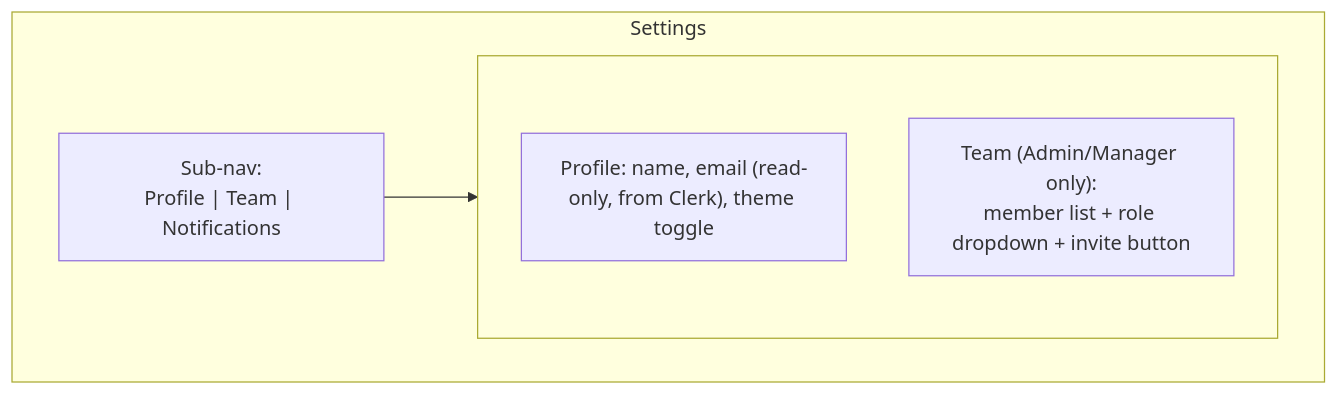
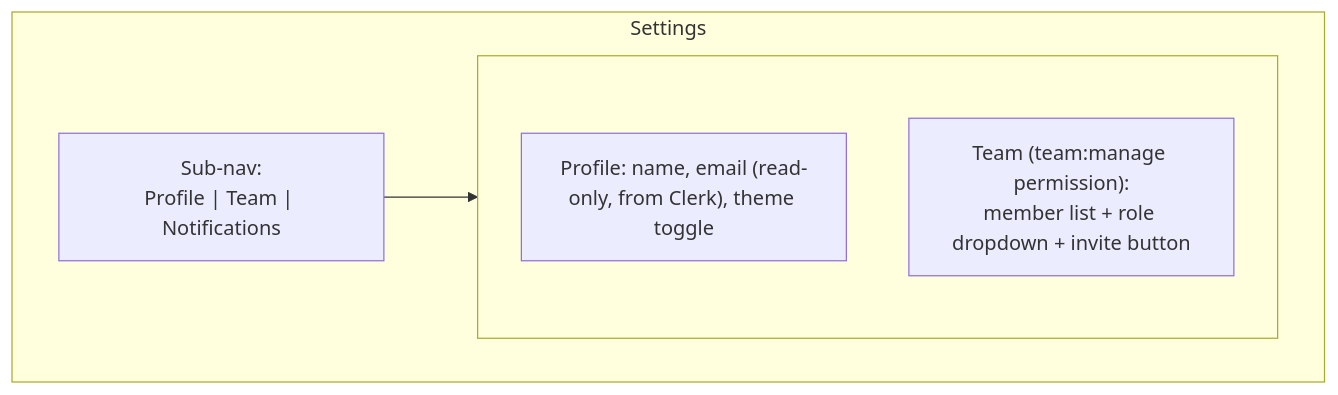
One commit to ShaiikhRafay/riznexia-platform changed the eighth of 8 diagrams in docs/17-ui-ux-wireframes.md. Above: the diagram before and after it, drawn with Mermaid. The commit also changed other lines of this file and 215 other files, not shown here.

````diff
--- a/docs/17-ui-ux-wireframes.md
+++ b/docs/17-ui-ux-wireframes.md
@@ -253,13 +255,13 @@
 ```mermaid
 flowchart TB
     subgraph Page["Settings"]
         direction LR
         SettingsNav["Sub-nav:\nProfile | Team | Notifications"]
         subgraph Content[" "]
             direction TB
             ProfileSection["Profile: name, email (read-only, from Clerk), theme toggle"]
-            TeamSection["Team (Admin/Manager only):\nmember list + role dropdown + invite button"]
+            TeamSection["Team (team:manage permission):\nmember list + role dropdown + invite button"]
         end
     end
     SettingsNav --> Content
 ```
````
